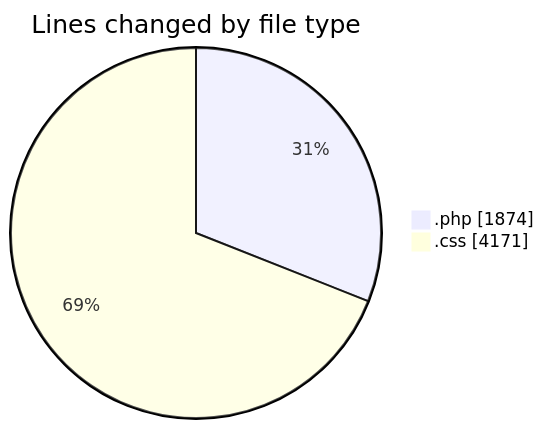
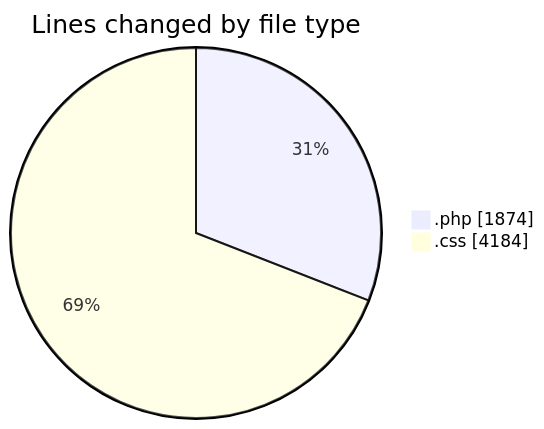
The first of 2 diagrams in 2026-08-14/untitled__workspace_/README.md (debugP/code-tracking), drawn with Mermaid before and after one commit. The commit also changed other lines of this file and 1 other file, not shown here.

````diff
--- a/2026-08-14/untitled__workspace_/README.md
+++ b/2026-08-14/untitled__workspace_/README.md
@@ -23,6 +23,6 @@
 ```mermaid
 pie showData
 title Lines changed by file type
 ".php" : 1874
-".css" : 4171
+".css" : 4184
 ```
````
